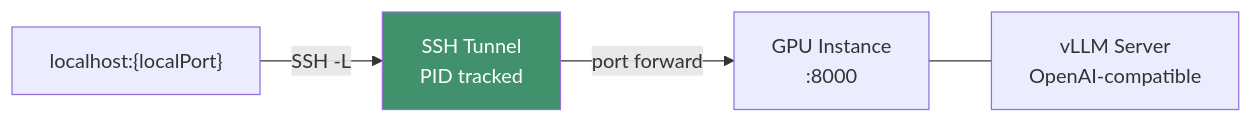
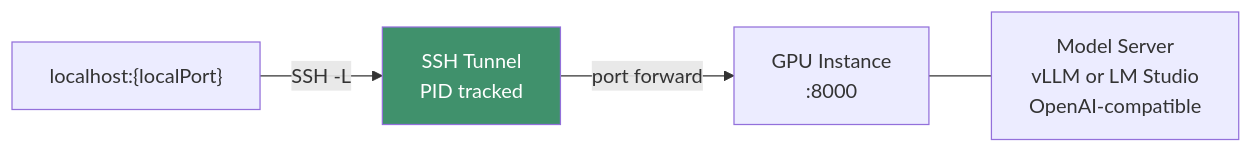
One commit to WWTLF/mycodeagent changed the seventh of 7 diagrams in docs/Solution.md. Above: the diagram before and after it, drawn with Mermaid. The commit also changed other lines of this file and 6 other files, not shown here.

````diff
--- a/docs/Solution.md
+++ b/docs/Solution.md
@@ -172,8 +235,8 @@
 ```mermaid
 graph LR
     CLIENT["localhost:{localPort}"] -->|SSH -L| TUNNEL["SSH Tunnel<br/>PID tracked"]
     TUNNEL -->|port forward| REMOTE["GPU Instance<br/>:8000"]
-    REMOTE --- VLLM["vLLM Server<br/>OpenAI-compatible"]
+    REMOTE --- SERVER["Model Server<br/>vLLM or LM Studio<br/>OpenAI-compatible"]
 
     style TUNNEL fill:#40916c,color:#fff
 ```
````
